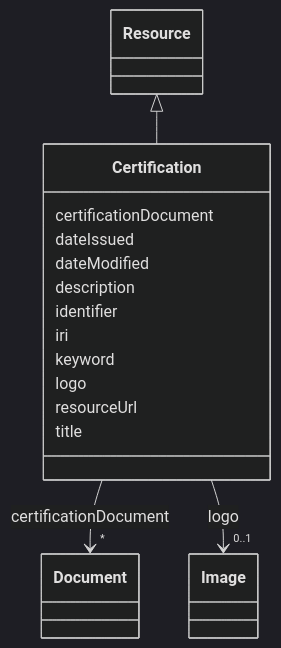
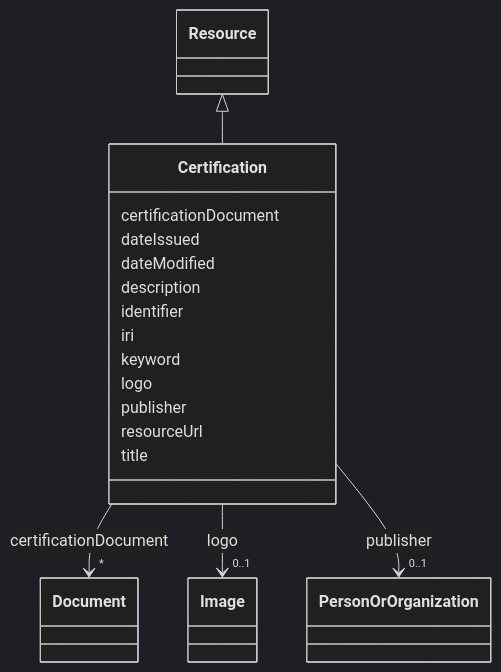
The diagram in models/docs/Certification.md (EVORA-project/evora-ontology), drawn with Mermaid (dark theme) before and after one commit. The commit also changed other lines of this file and 468 other files, not shown here.

````diff
--- a/models/docs/Certification.md
+++ b/models/docs/Certification.md
@@ -19,43 +19,52 @@
 ```mermaid
  classDiagram
     class Certification
     click Certification href "../Certification"
       Resource <|-- Certification
         click Resource href "../Resource"
       
       Certification : certificationDocument
         
           
     
     
     Certification --> "*" Document : certificationDocument
     click Document href "../Document"
 
         
       Certification : dateIssued
         
       Certification : dateModified
         
       Certification : description
         
       Certification : identifier
         
       Certification : iri
         
       Certification : keyword
         
       Certification : logo
         
           
     
     
     Certification --> "0..1" Image : logo
     click Image href "../Image"
 
         
+      Certification : publisher
+        
+          
+    
+    
+    Certification --> "0..1" PersonOrOrganization : publisher
+    click PersonOrOrganization href "../PersonOrOrganization"
+
+        
       Certification : resourceUrl
         
       Certification : title
         
       
 ```
````
